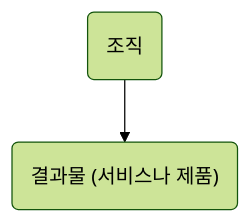
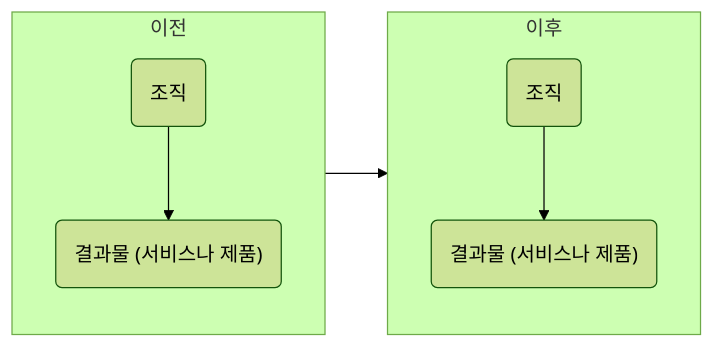
Before and after one commit to kimregular/DAILY_STUDY: the first of 2 diagrams in 독서/6. 함께 자라기 애자일로 가는 길/01. 자라기/01-8. 자기계발은 복리로 돌아온다 - 2.md, drawn with Mermaid (forest theme). The commit also changed other lines of this file, not shown here.

````diff
--- a/독서/6. 함께 자라기 애자일로 가는 길/01. 자라기/01-8. 자기계발은 복리로 돌아온다 - 2.md
+++ b/독서/6. 함께 자라기 애자일로 가는 길/01. 자라기/01-8. 자기계발은 복리로 돌아온다 - 2.md
@@ -25,7 +25,17 @@
 ```mermaid
-flowchart
-	g1("조직")
-	p1("결과물 (서비스나 제품)")
+flowchart LR
+	subgraph "이전"
+		g1("조직")
+		p1("결과물 (서비스나 제품)")
+	end
 
+	subgraph "이후"
+		g2("조직")
+		p2("결과물 (서비스나 제품)")
+	end
+
+	이전 --> 이후
 	g1 --> p1
+	g2 --> p2
+
 ```
````
